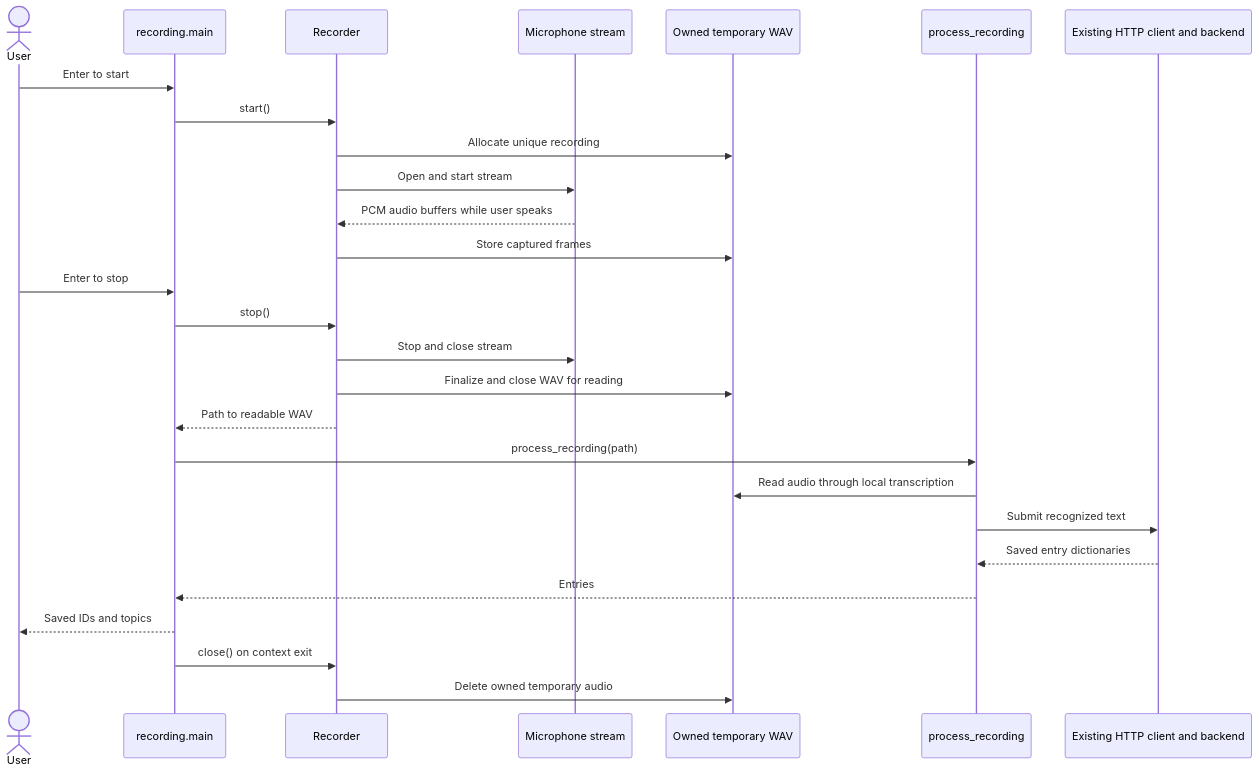
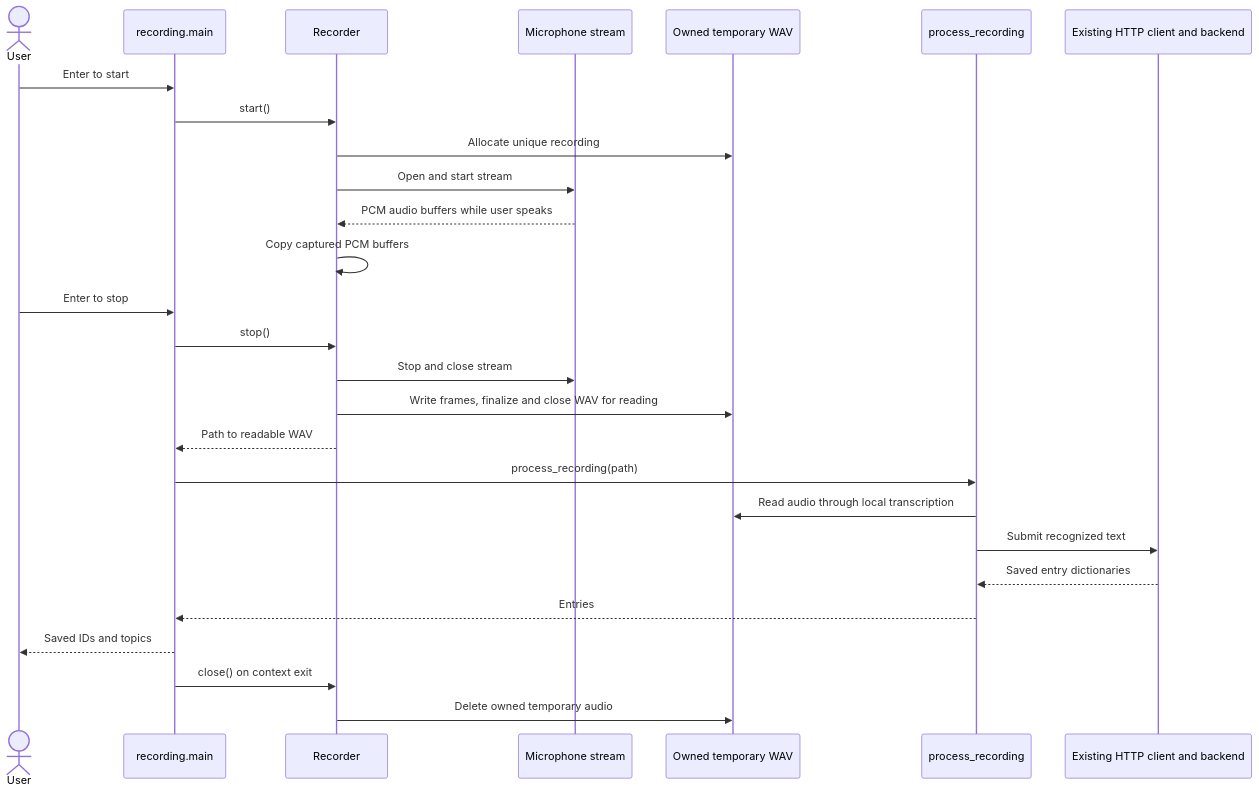
One commit to shubh0709/agentic-rep changed the diagram in tickets/SRA-204-microphone-capture.md. Above: the diagram before and after it, drawn with Mermaid. The commit also changed other lines of this file and 2 other files, not shown here.

````diff
--- a/tickets/SRA-204-microphone-capture.md
+++ b/tickets/SRA-204-microphone-capture.md
@@ -32,29 +36,29 @@
 ```mermaid
 sequenceDiagram
     actor User
     participant CLI as recording.main
     participant Recorder as Recorder
     participant Mic as Microphone stream
     participant WAV as Owned temporary WAV
     participant Pipeline as process_recording
     participant Server as Existing HTTP client and backend
     User->>CLI: Enter to start
     CLI->>Recorder: start()
     Recorder->>WAV: Allocate unique recording
     Recorder->>Mic: Open and start stream
     Mic-->>Recorder: PCM audio buffers while user speaks
-    Recorder->>WAV: Store captured frames
+    Recorder->>Recorder: Copy captured PCM buffers
     User->>CLI: Enter to stop
     CLI->>Recorder: stop()
     Recorder->>Mic: Stop and close stream
-    Recorder->>WAV: Finalize and close WAV for reading
+    Recorder->>WAV: Write frames, finalize and close WAV for reading
     Recorder-->>CLI: Path to readable WAV
     CLI->>Pipeline: process_recording(path)
     Pipeline->>WAV: Read audio through local transcription
     Pipeline->>Server: Submit recognized text
     Server-->>Pipeline: Saved entry dictionaries
     Pipeline-->>CLI: Entries
     CLI-->>User: Saved IDs and topics
     CLI->>Recorder: close() on context exit
     Recorder->>WAV: Delete owned temporary audio
 ```
````
